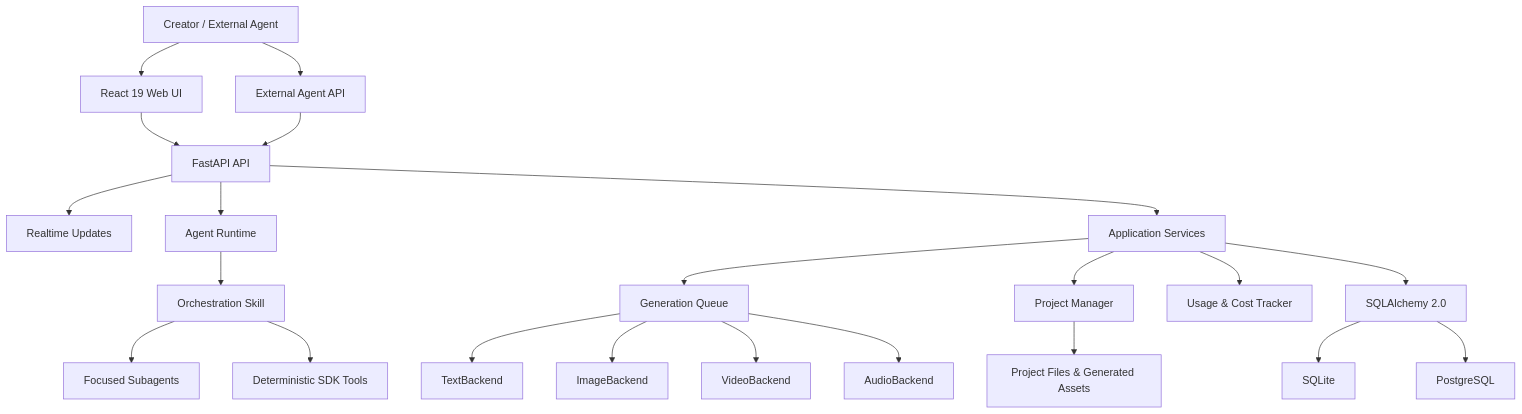
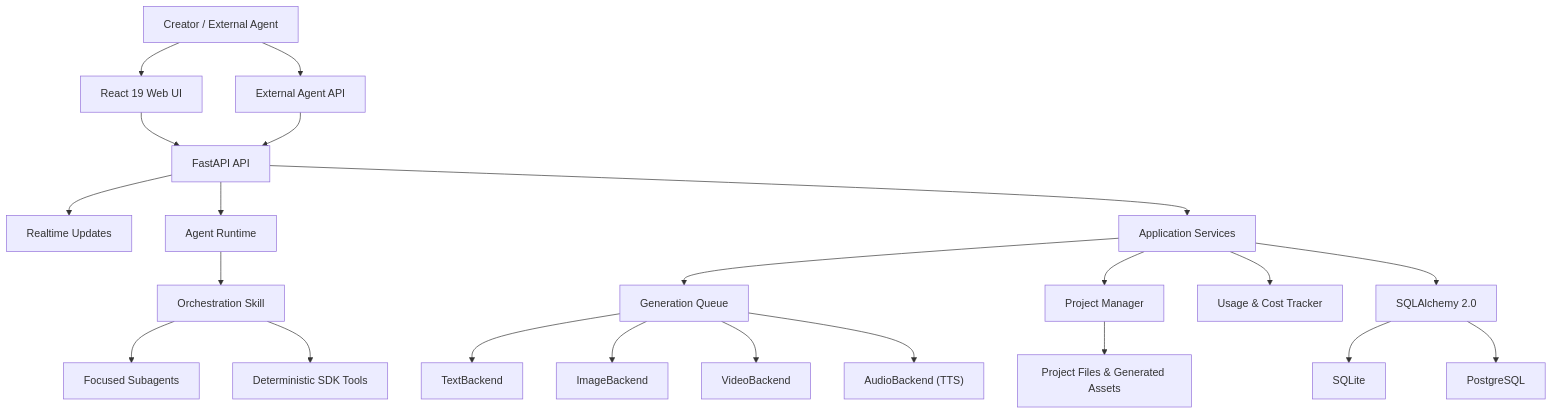
One commit to ArcReel/ArcReel changed the first of 3 diagrams in docs/architecture.md. Above: the diagram before and after it, drawn with Mermaid. The commit also changed 1 other file, not shown here.

Commit message:
docs: 固定备份恢复工作目录

````diff
--- a/docs/architecture.md
+++ b/docs/architecture.md
@@ -21,30 +21,30 @@
 ```mermaid
 flowchart TB
     USER["Creator / External Agent"] --> UI["React 19 Web UI"]
     USER --> EXT["External Agent API"]
 
     UI --> API["FastAPI API"]
     EXT --> API
 
     API --> SSE["Realtime Updates"]
     API --> AGENT["Agent Runtime"]
     API --> SERVICES["Application Services"]
 
     AGENT --> ORCH["Orchestration Skill"]
     ORCH --> SUB["Focused Subagents"]
     ORCH --> TOOLS["Deterministic SDK Tools"]
 
     SERVICES --> QUEUE["Generation Queue"]
     SERVICES --> PROJECTS["Project Manager"]
     SERVICES --> USAGE["Usage & Cost Tracker"]
 
     QUEUE --> TEXT["TextBackend"]
     QUEUE --> IMAGE["ImageBackend"]
     QUEUE --> VIDEO["VideoBackend"]
-    QUEUE --> TTS["AudioBackend"]
+    QUEUE --> TTS["AudioBackend (TTS)"]
 
     PROJECTS --> FILES["Project Files & Generated Assets"]
     SERVICES --> ORM["SQLAlchemy 2.0"]
     ORM --> SQLITE["SQLite"]
     ORM --> PG["PostgreSQL"]
 ```
````
